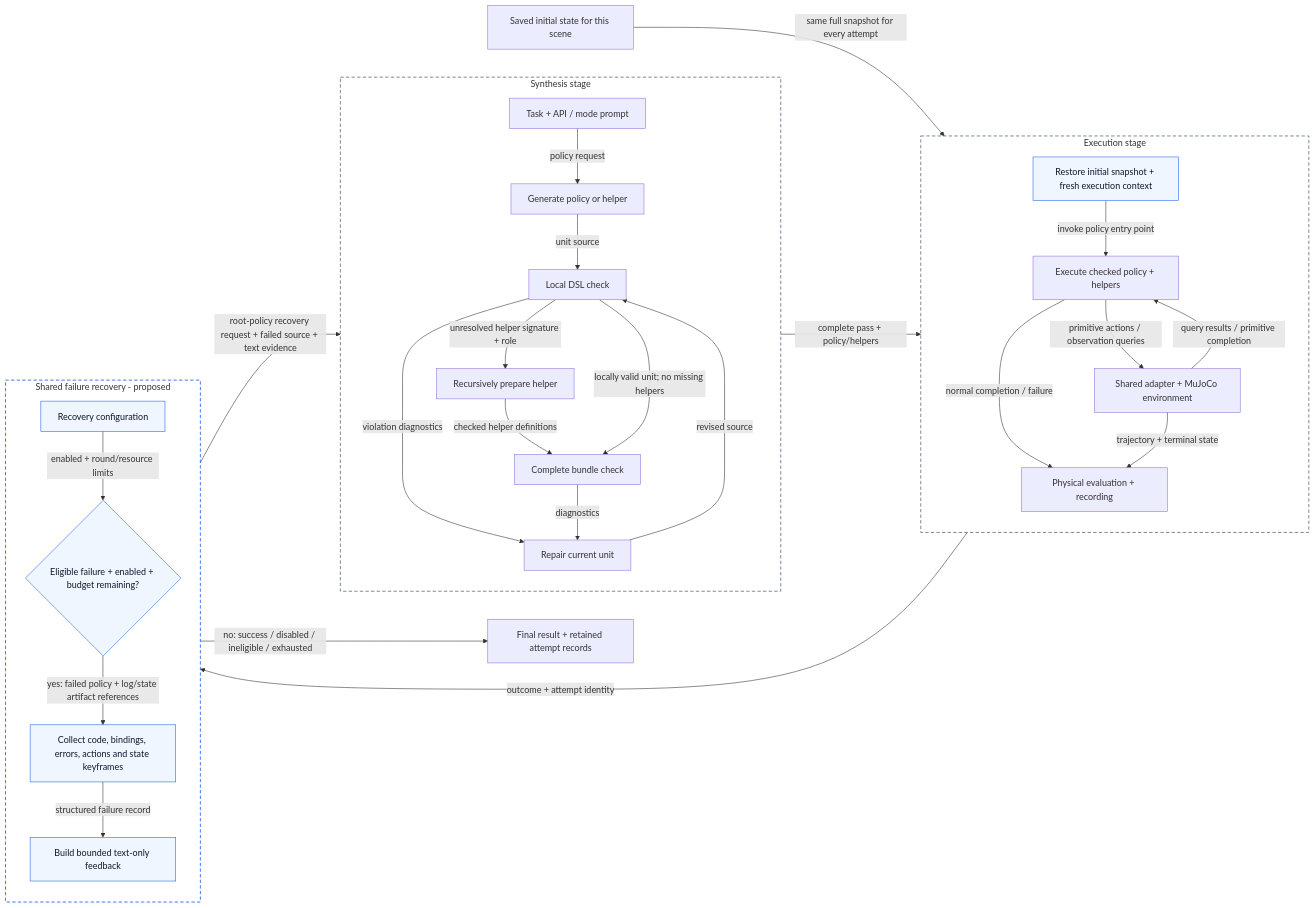
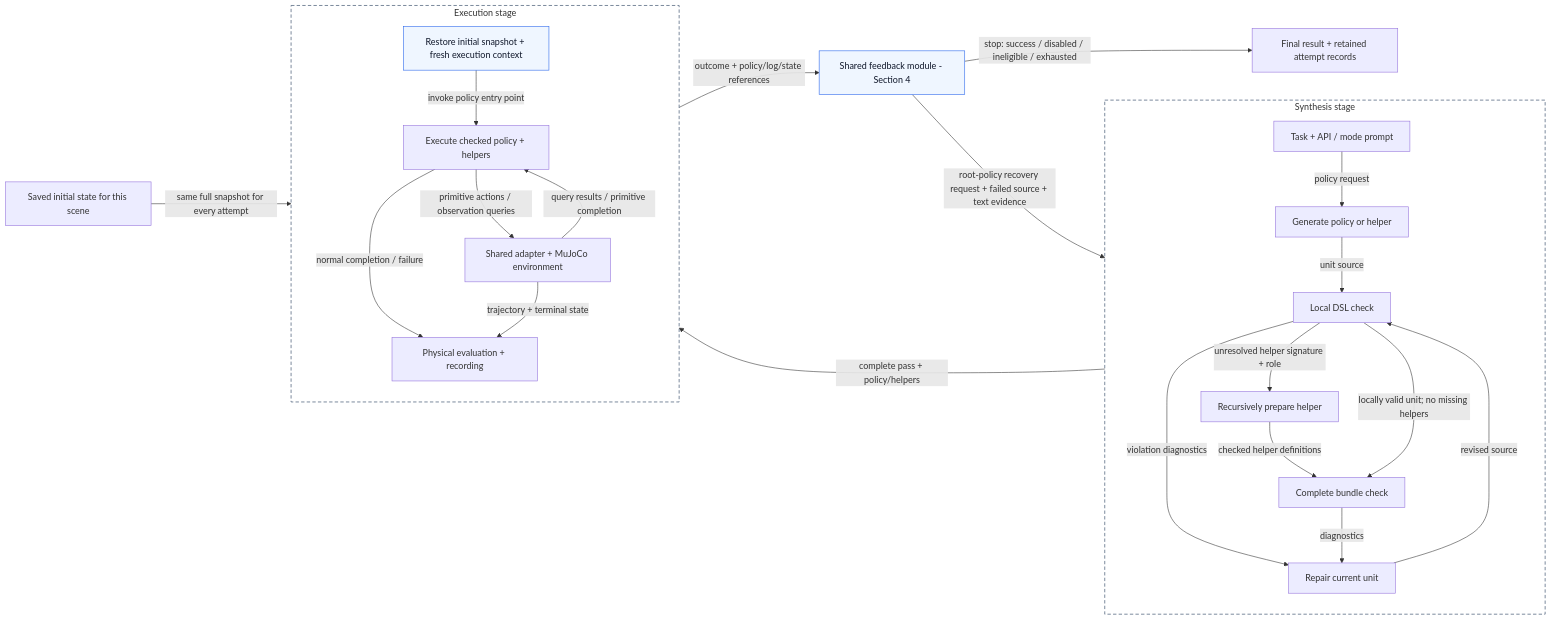
Before and after one commit to RU-Automated-Reasoning-Group/RoboVerify: the third of 4 diagrams in roboverify/synthesis/cap/docs/revision_4_failure_recover.md, drawn with Mermaid. The commit also changed other lines of this file, not shown here.

Commit message:
docs(cap): separate shared feedback module from method pipelines

````diff
--- a/roboverify/synthesis/cap/docs/revision_4_failure_recover.md
+++ b/roboverify/synthesis/cap/docs/revision_4_failure_recover.md
@@ -143,38 +184,32 @@
 ```mermaid
 flowchart LR
     subgraph SYN["Synthesis stage"]
         direction TB
         I["Task + API / mode prompt"] -->|"policy request"| G["Generate policy or helper"]
         G -->|"unit source"| L["Local DSL check"]
         L -->|"violation diagnostics"| R["Repair current unit"]
         R -->|"revised source"| L
         L -->|"unresolved helper signature + role"| H["Recursively prepare helper"]
         H -->|"checked helper definitions"| C["Complete bundle check"]
         L -->|"locally valid unit; no missing helpers"| C
         C -->|"diagnostics"| R
     end
     subgraph RUN["Execution stage"]
         direction TB
         RESET["Restore initial snapshot + fresh execution context"] -->|"invoke policy entry point"| E
         E["Execute checked policy + helpers"] -->|"primitive actions / observation queries"| ENV["Shared adapter + MuJoCo environment"]
         ENV -->|"query results / primitive completion"| E
         E -->|"normal completion / failure"| OUT["Physical evaluation + recording"]
         ENV -->|"trajectory + terminal state"| OUT
     end
     C -->|"complete pass + policy/helpers"| RESET
     style SYN fill:none,stroke:#64748b,stroke-width:1.5px,stroke-dasharray:6 4
     style RUN fill:none,stroke:#64748b,stroke-width:1.5px,stroke-dasharray:6 4
     S0["Saved initial state for this scene"] -->|"same full snapshot for every attempt"| RESET
-    OUT -->|"outcome + attempt identity"| RG
-    subgraph REC["Shared failure recovery - proposed"]
-        direction TB
-        CFG["Recovery configuration"] -->|"enabled + round/resource limits"| RG{"Eligible failure + enabled + budget remaining?"}
-        RG -->|"yes: failed policy + log/state artifact references"| COLLECT["Collect code, bindings, errors, actions and state keyframes"]
-        COLLECT -->|"structured failure record"| FEEDBACK["Build bounded text-only feedback"]
-    end
-    RG -->|"no: success / disabled / ineligible / exhausted"| FIN["Final result + retained attempt records"]
+    OUT -->|"outcome + policy/log/state references"| FEEDBACK
+    FEEDBACK["Shared feedback module - Section 4"]
+    FEEDBACK -->|"stop: success / disabled / ineligible / exhausted"| FIN["Final result + retained attempt records"]
     FEEDBACK -->|"root-policy recovery request + failed source + text evidence"| G
-    style REC fill:none,stroke:#2563eb,stroke-width:1.5px,stroke-dasharray:6 4
     classDef recovery fill:#eff6ff,stroke:#2563eb,color:#0f172a
-    class RESET,CFG,RG,COLLECT,FEEDBACK recovery
+    class RESET,FEEDBACK recovery
 ```
````
